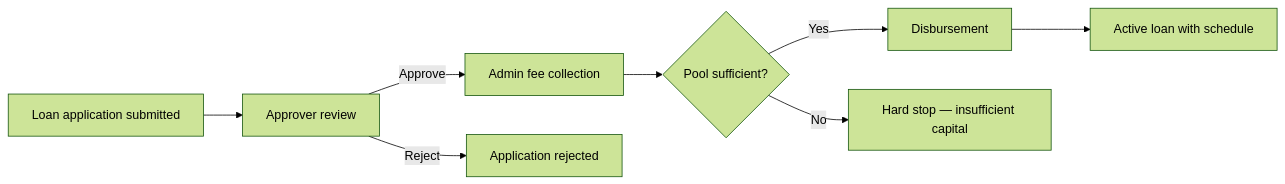
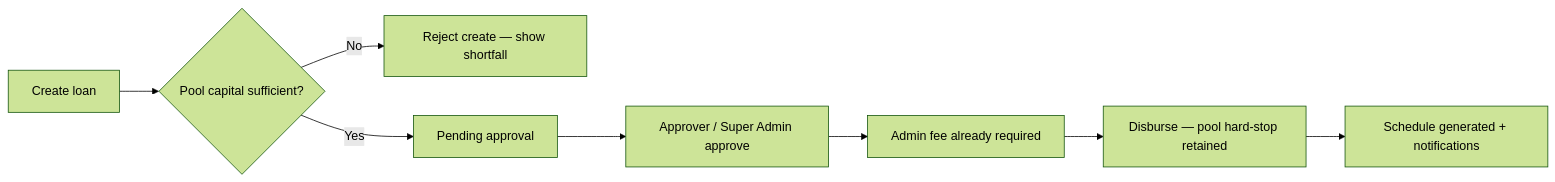
Before and after one commit to e-mond/WILMS: the fourth of 26 diagrams in documentation/books/WILMS_PRODUCT_BOOK.md, drawn with Mermaid (forest theme). The commit also changed other lines of this file and 28 other files, not shown here.

First line of the commit message:
feat(v1.8.0): harden registration, loan capital, communications, and ops reassignment (#194)

````diff
--- a/documentation/books/WILMS_PRODUCT_BOOK.md
+++ b/documentation/books/WILMS_PRODUCT_BOOK.md
@@ -354,10 +354,10 @@
 ```mermaid
 flowchart LR
-    A[Loan application submitted] --> B[Approver review]
-    B -->|Approve| C[Admin fee collection]
-    C --> D{Pool sufficient?}
-    D -->|Yes| E[Disbursement]
-    D -->|No| F[Hard stop — insufficient capital]
-    B -->|Reject| G[Application rejected]
-    E --> H[Active loan with schedule]
+    A[Create loan] --> B{Pool capital sufficient?}
+    B -->|No| C[Reject create — show shortfall]
+    B -->|Yes| D[Pending approval]
+    D --> E[Approver / Super Admin approve]
+    E --> F[Admin fee already required]
+    F --> G[Disburse — pool hard-stop retained]
+    G --> H[Schedule generated + notifications]
 ```
````
